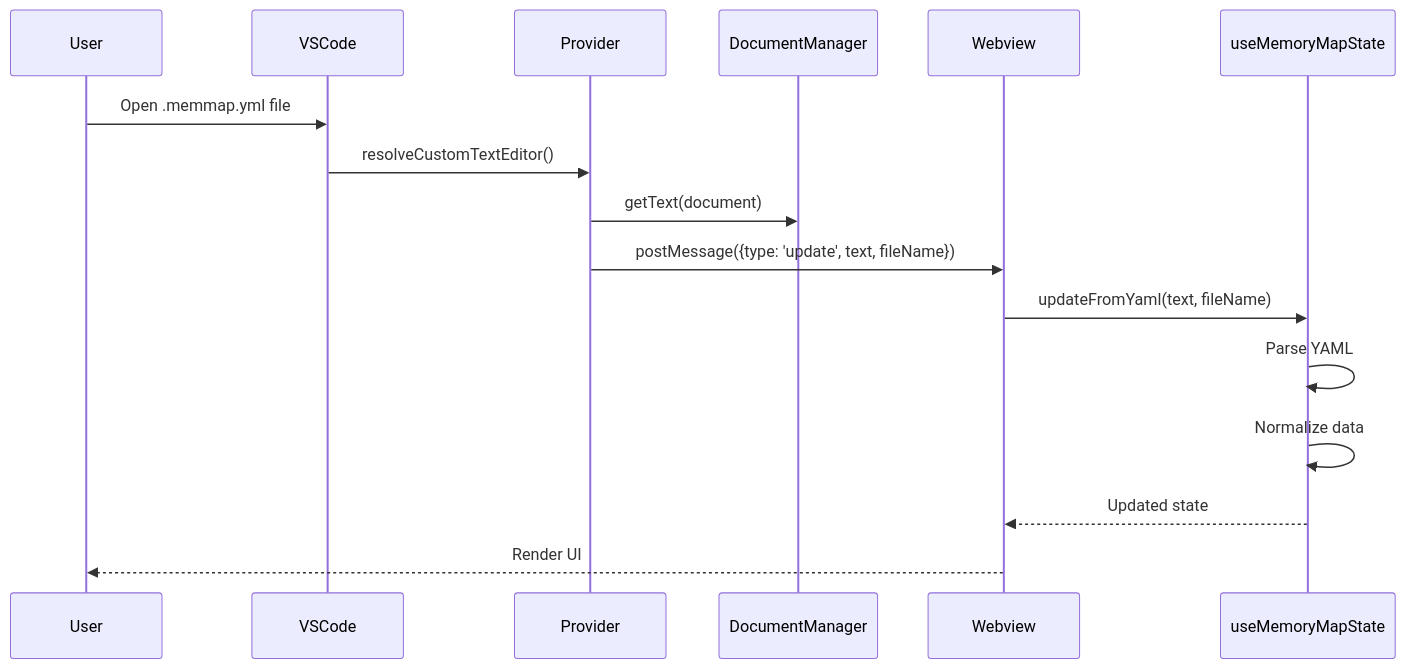
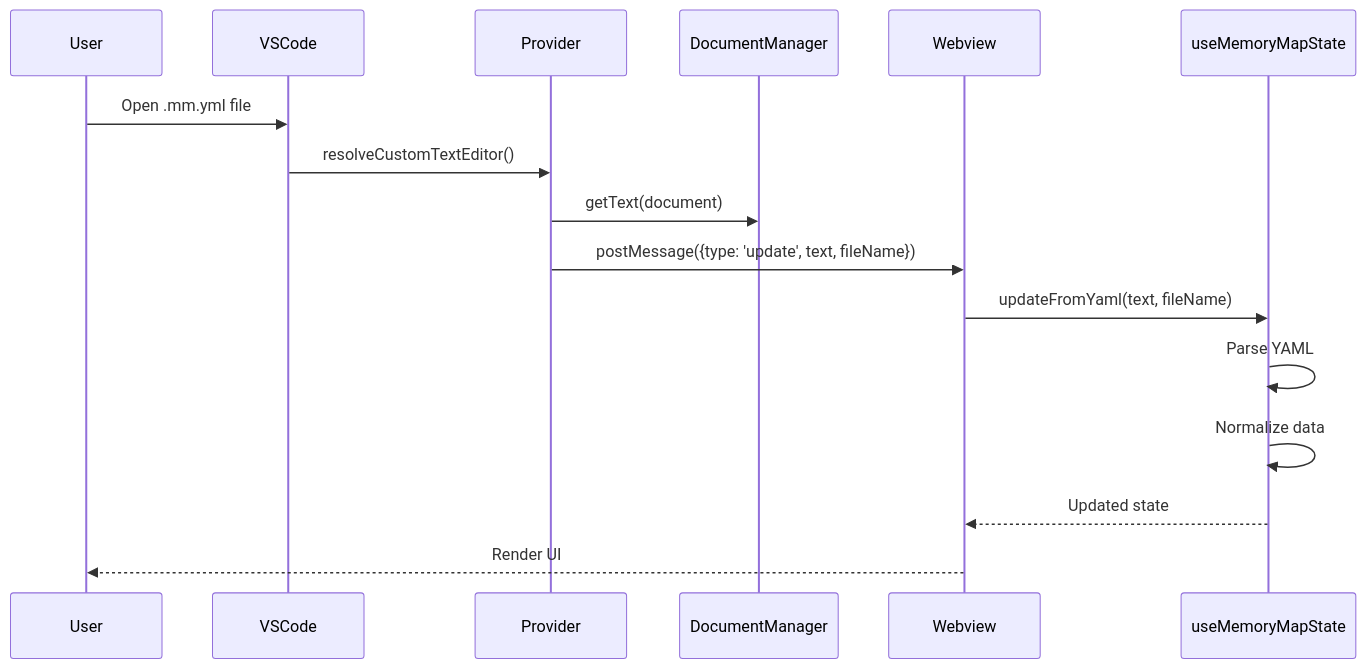
Before and after one commit to bleviet/fpga_lib: the second of 5 diagrams in ipcore_tools/vscode/ipcore_editor/docs/ARCHITECTURE.md, drawn with Mermaid. The commit also changed other lines of this file and 14 other files, not shown here.

Commit message:
fix: rename .memmap.yml to .mm.yml

````diff
--- a/ipcore_tools/vscode/ipcore_editor/docs/ARCHITECTURE.md
+++ b/ipcore_tools/vscode/ipcore_editor/docs/ARCHITECTURE.md
@@ -96,19 +96,19 @@
 ```mermaid
 sequenceDiagram
     participant User
     participant VSCode
     participant Provider
     participant DocumentManager
     participant Webview
     participant useMemoryMapState
-    
-    User->>VSCode: Open .memmap.yml file
+
+    User->>VSCode: Open .mm.yml file
     VSCode->>Provider: resolveCustomTextEditor()
     Provider->>DocumentManager: getText(document)
     Provider->>Webview: postMessage({type: 'update', text, fileName})
     Webview->>useMemoryMapState: updateFromYaml(text, fileName)
     useMemoryMapState->>useMemoryMapState: Parse YAML
     useMemoryMapState->>useMemoryMapState: Normalize data
     useMemoryMapState-->>Webview: Updated state
     Webview-->>User: Render UI
 ```
````
